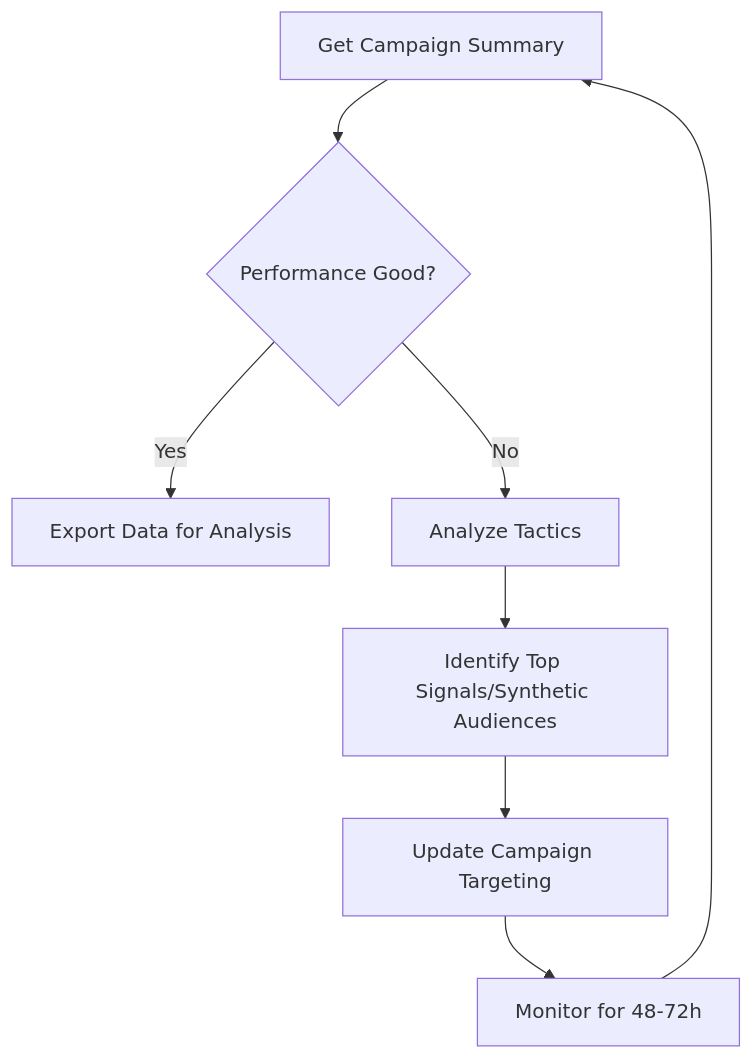
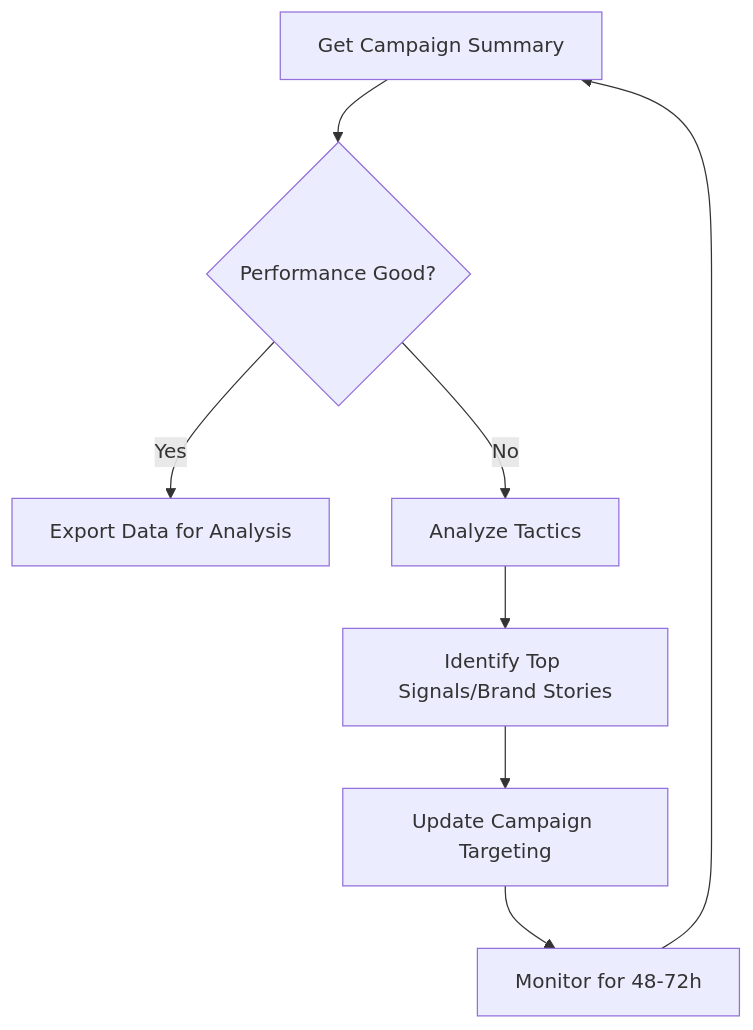
One commit to scope3data/activation-api changed the third of 4 diagrams in mintlify/concepts.mdx. Above: the diagram before and after it, drawn with Mermaid. The commit also changed other lines of this file and 8 other files, not shown here.

First line of the commit message:
Update terminology: synthetic audience → brand story

````diff
--- a/mintlify/concepts.mdx
+++ b/mintlify/concepts.mdx
@@ -335,10 +335,10 @@
 ```mermaid
 graph TD
     A[Get Campaign Summary] --> B{Performance Good?}
     B -->|Yes| C[Export Data for Analysis]
     B -->|No| D[Analyze Tactics] 
-    D --> E[Identify Top Signals/Synthetic Audiences]
+    D --> E[Identify Top Signals/Brand Stories]
     E --> F[Update Campaign Targeting]
     F --> G[Monitor for 48-72h]
     G --> A
 ```
````
